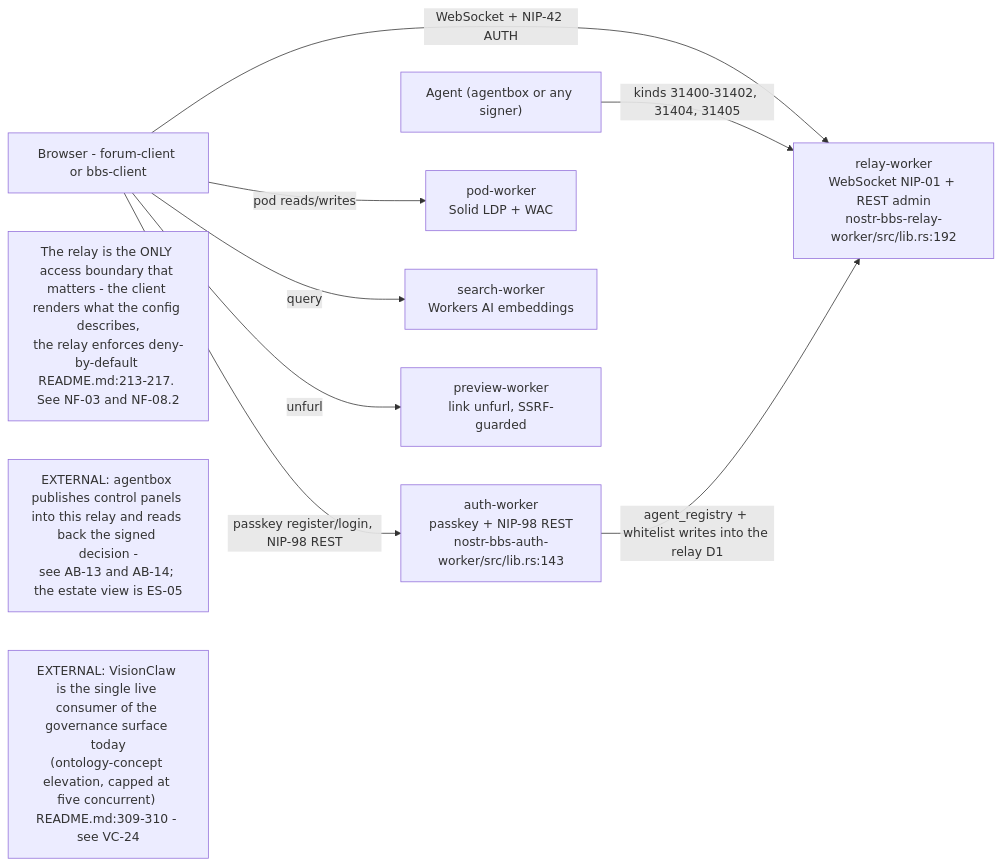
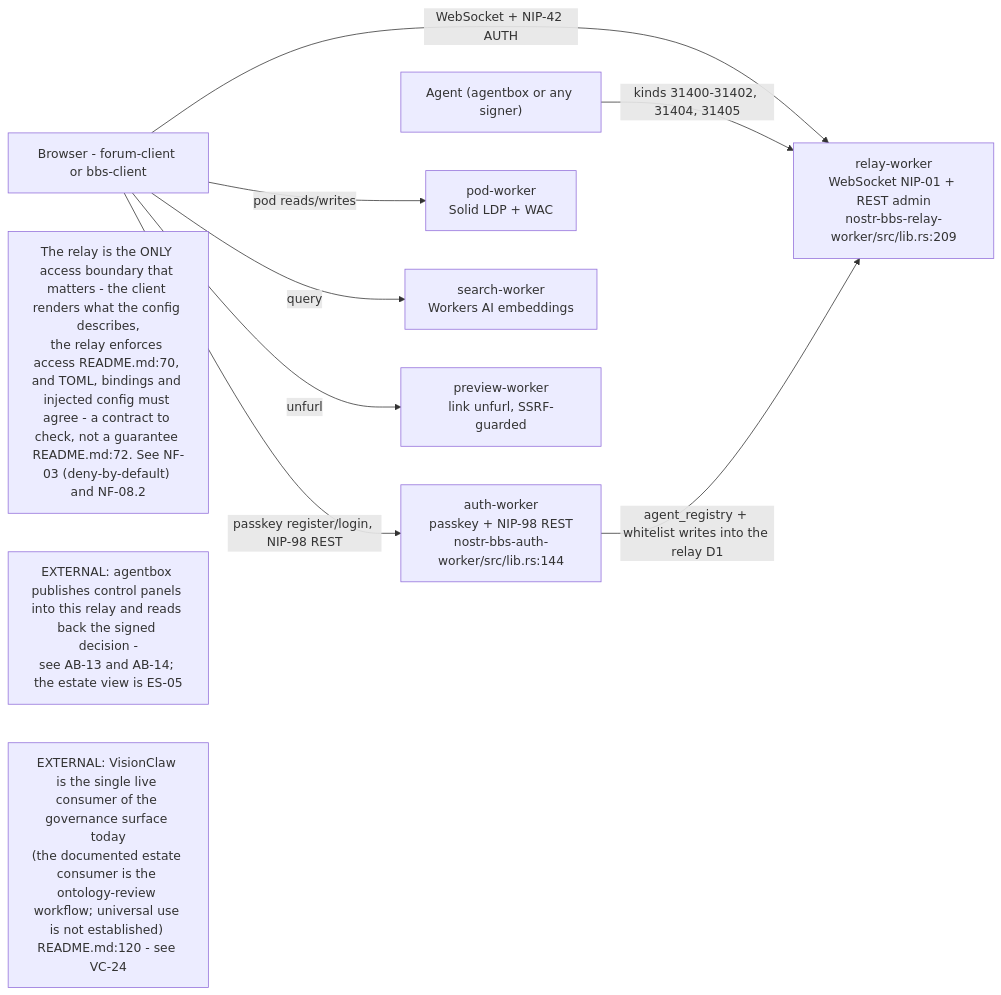
Before and after one commit to DreamLab-AI/VisionFlow: the sixth of 6 diagrams in docs/diagrams/nostr-rust-forum/01-workspace-and-worker-topology.md, drawn with Mermaid. The commit also changed other lines of this file and 160 other files, not shown here.

````diff
--- a/docs/diagrams/nostr-rust-forum/01-workspace-and-worker-topology.md
+++ b/docs/diagrams/nostr-rust-forum/01-workspace-and-worker-topology.md
@@ -203,22 +213,22 @@
 ```mermaid
 flowchart LR
     BROWSER["Browser - forum-client or bbs-client"]
     AGENT["Agent (agentbox or any signer)"]
-    RELAYW["relay-worker<br/>WebSocket NIP-01 + REST admin<br/>nostr-bbs-relay-worker/src/lib.rs:192"]
-    AUTHW["auth-worker<br/>passkey + NIP-98 REST<br/>nostr-bbs-auth-worker/src/lib.rs:143"]
+    RELAYW["relay-worker<br/>WebSocket NIP-01 + REST admin<br/>nostr-bbs-relay-worker/src/lib.rs:209"]
+    AUTHW["auth-worker<br/>passkey + NIP-98 REST<br/>nostr-bbs-auth-worker/src/lib.rs:144"]
     PODW["pod-worker<br/>Solid LDP + WAC"]
     SEARCHW["search-worker<br/>Workers AI embeddings"]
     PREVW["preview-worker<br/>link unfurl, SSRF-guarded"]
 
     BROWSER -->|"WebSocket + NIP-42 AUTH"| RELAYW
     BROWSER -->|"passkey register/login, NIP-98 REST"| AUTHW
     BROWSER -->|"pod reads/writes"| PODW
     BROWSER -->|"query"| SEARCHW
     BROWSER -->|"unfurl"| PREVW
     AGENT -->|"kinds 31400-31402, 31404, 31405"| RELAYW
     AUTHW -->|"agent_registry + whitelist writes into the relay D1"| RELAYW
 
-    N1["The relay is the ONLY access boundary that matters - the client renders what the config describes,<br/>the relay enforces deny-by-default README.md:213-217. See NF-03 and NF-08.2"]
+    N1["The relay is the ONLY access boundary that matters - the client renders what the config describes,<br/>the relay enforces access README.md:70, and TOML, bindings and injected config must agree - a contract to check, not a guarantee README.md:72. See NF-03 (deny-by-default) and NF-08.2"]
     N2["EXTERNAL: agentbox publishes control panels into this relay and reads back the signed decision -<br/>see AB-13 and AB-14; the estate view is ES-05"]
-    N3["EXTERNAL: VisionClaw is the single live consumer of the governance surface today<br/>(ontology-concept elevation, capped at five concurrent) README.md:309-310 - see VC-24"]
+    N3["EXTERNAL: VisionClaw is the single live consumer of the governance surface today<br/>(the documented estate consumer is the ontology-review workflow; universal use is not established) README.md:120 - see VC-24"]
 ```
````
